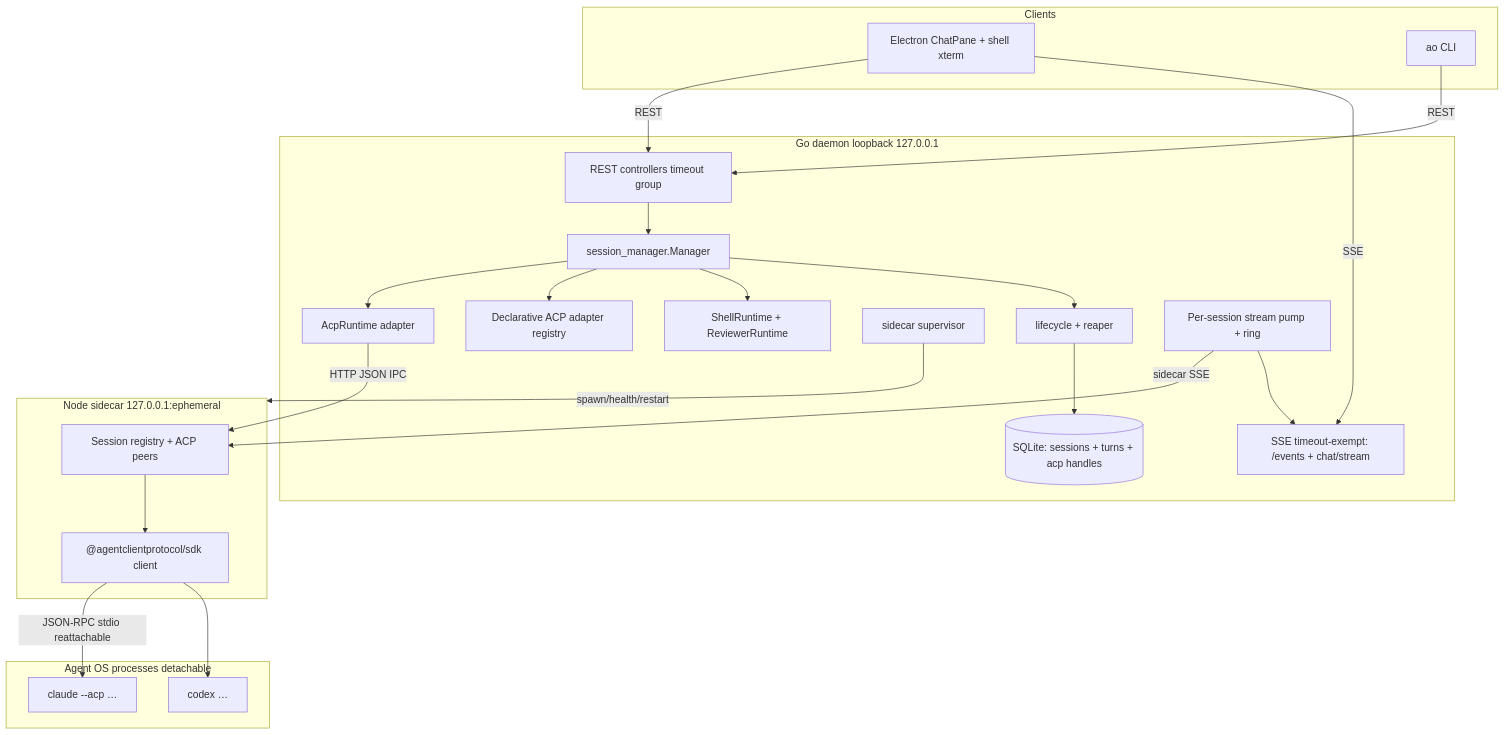
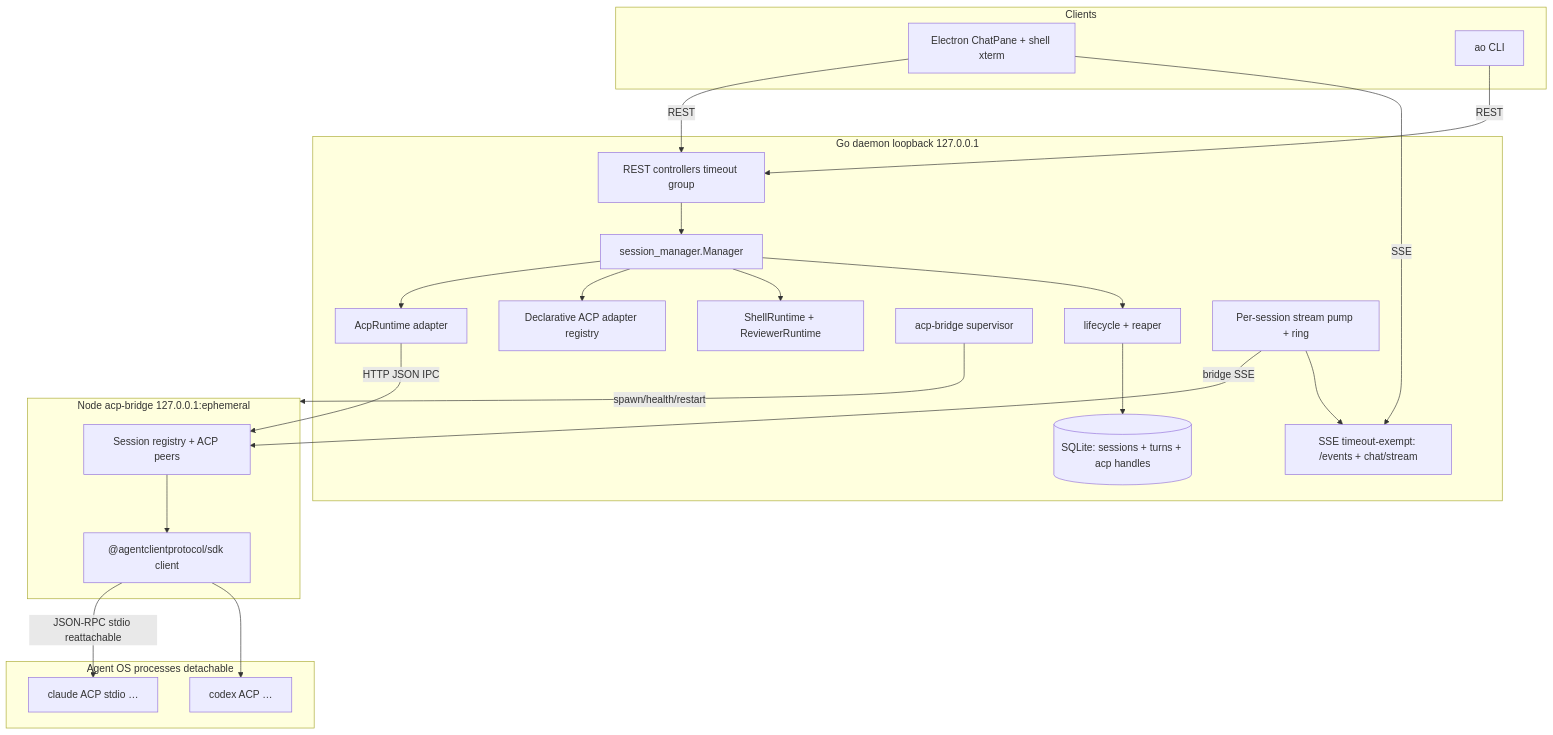
One commit to AgentWrapper/agent-orchestrator changed the second of 8 diagrams in docs/plans/acp-migration.md. Above: the diagram before and after it, drawn with Mermaid. The commit also changed other lines of this file, not shown here.

First line of the commit message:
docs: add clean-room IP rules to ACP migration plan

````diff
--- a/docs/plans/acp-migration.md
+++ b/docs/plans/acp-migration.md
@@ -88,43 +133,43 @@
 ```mermaid
 flowchart TB
   subgraph clients [Clients]
     FE[Electron ChatPane + shell xterm]
     CLI[ao CLI]
   end
   subgraph daemon [Go daemon loopback 127.0.0.1]
     HTTP[REST controllers timeout group]
     SSE[SSE timeout-exempt: /events + chat/stream]
     SM[session_manager.Manager]
     ACPRT[AcpRuntime adapter]
     REG[Declarative ACP adapter registry]
     LCM[lifecycle + reaper]
     DB[(SQLite: sessions + turns + acp handles)]
-    SUPER[sidecar supervisor]
+    SUPER[acp-bridge supervisor]
     SHELL[ShellRuntime + ReviewerRuntime]
     PUMP[Per-session stream pump + ring]
   end
-  subgraph sidecar [Node sidecar 127.0.0.1:ephemeral]
+  subgraph bridge [Node acp-bridge 127.0.0.1:ephemeral]
     POOL[Session registry + ACP peers]
     SDK["@agentclientprotocol/sdk client"]
   end
   subgraph agents [Agent OS processes detachable]
-    A1[claude --acp …]
-    A2[codex …]
+    A1[claude ACP stdio …]
+    A2[codex ACP …]
   end
   FE -->|REST| HTTP
   FE -->|SSE| SSE
   CLI -->|REST| HTTP
   HTTP --> SM
   SM --> ACPRT
   SM --> REG
   SM --> SHELL
   ACPRT -->|HTTP JSON IPC| POOL
-  SUPER -->|spawn/health/restart| sidecar
+  SUPER -->|spawn/health/restart| bridge
   POOL --> SDK
   SDK -->|JSON-RPC stdio reattachable| A1
   SDK --> A2
-  PUMP -->|sidecar SSE| POOL
+  PUMP -->|bridge SSE| POOL
   PUMP --> SSE
   SM --> LCM
   LCM --> DB
 ```
````
